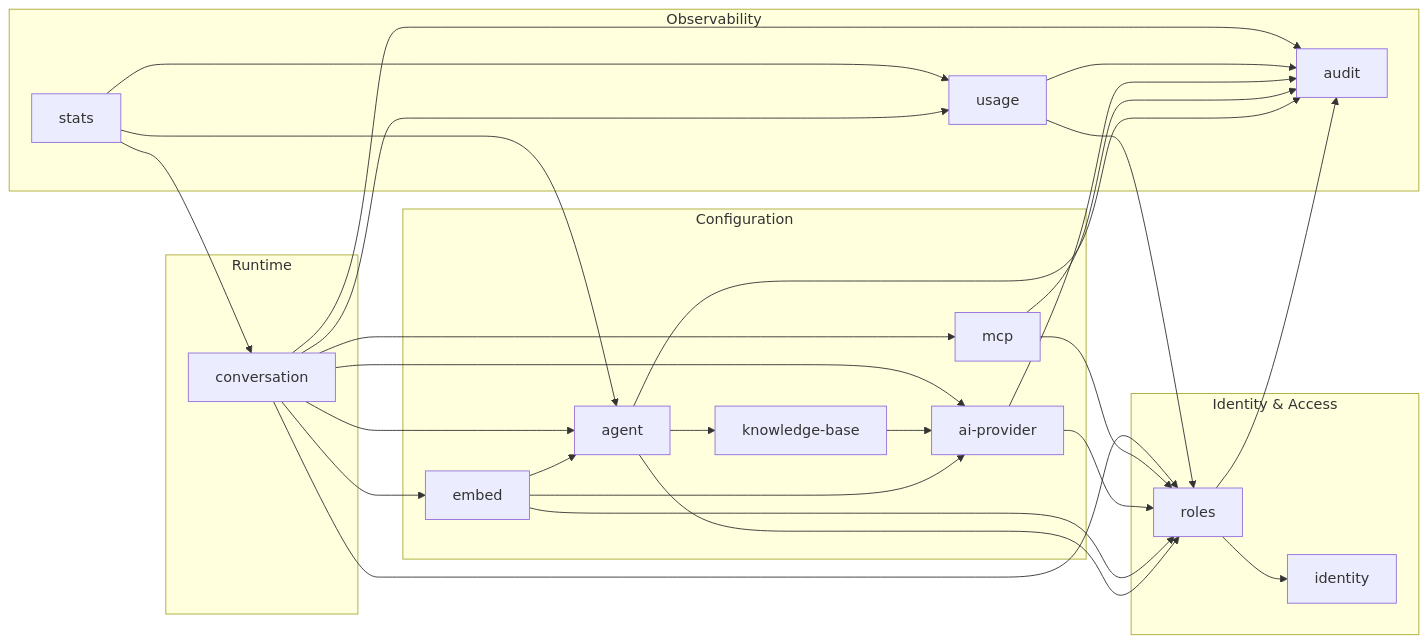
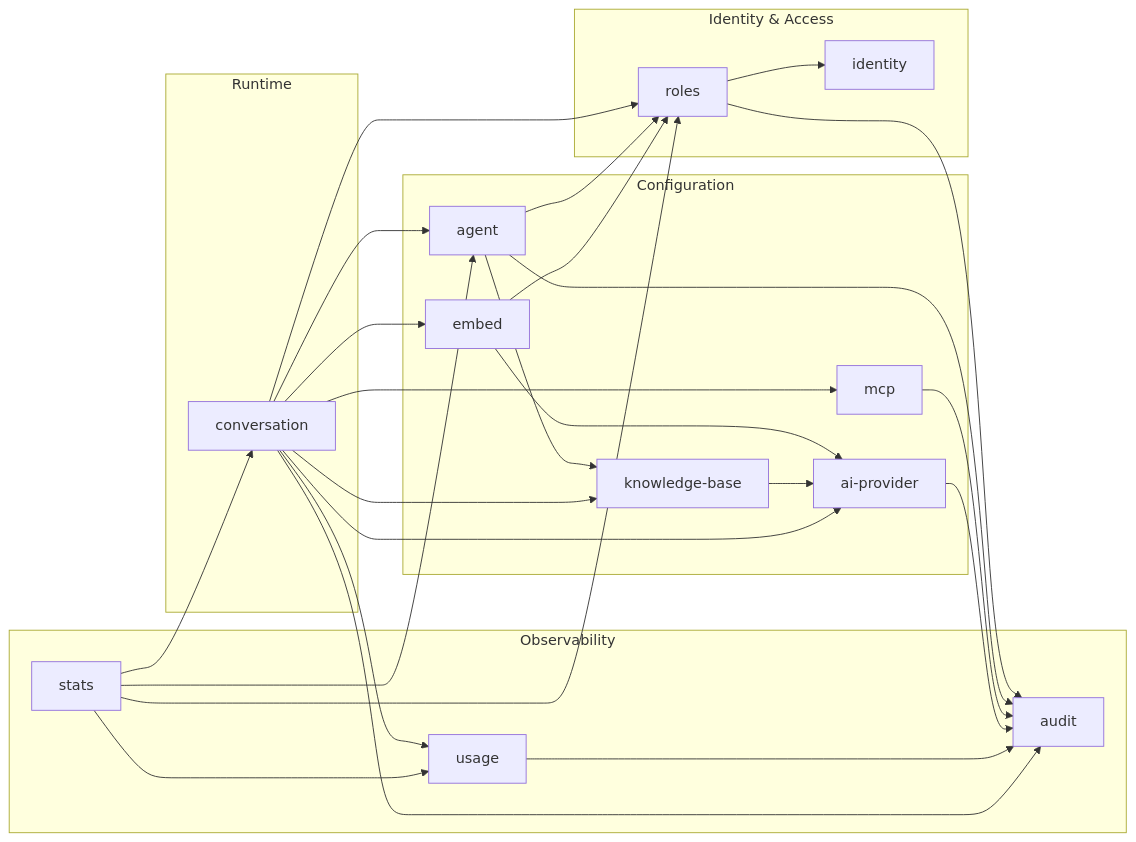
Before and after one commit to Talqo/talqo: the diagram in docs/architecture/module-diagram.md, drawn with Mermaid. The commit also changed other lines of this file and 13 other files, not shown here.

````diff
--- a/docs/architecture/module-diagram.md
+++ b/docs/architecture/module-diagram.md
@@ -9,55 +9,53 @@
 ```mermaid
 graph LR
     subgraph "Identity & Access"
         identity[identity]
         roles[roles]
     end
 
     subgraph "Configuration"
         agent[agent]
         knowledge_base[knowledge-base]
         embed[embed]
         ai_provider["ai-provider"]
         mcp[mcp]
     end
 
     subgraph "Runtime"
         conversation[conversation]
     end
 
     subgraph "Observability"
         usage[usage]
         stats[stats]
         audit[audit]
     end
 
     roles --> identity
 
     agent --> roles
     agent --> knowledge_base
-    embed --> agent
     embed --> roles
     embed --> ai_provider
-    ai_provider --> roles
-    mcp --> roles
     knowledge_base --> ai_provider
-    usage --> roles
 
     conversation --> embed
     conversation --> agent
     conversation --> ai_provider
     conversation --> mcp
     conversation --> usage
     conversation --> roles
+    conversation --> knowledge_base
 
     stats --> conversation
     stats --> usage
     stats --> agent
+    stats --> roles
 
     roles --> audit
     agent --> audit
     mcp --> audit
     ai_provider --> audit
     usage --> audit
     conversation --> audit
 ```
````
